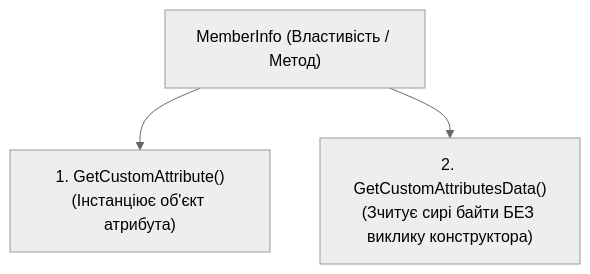
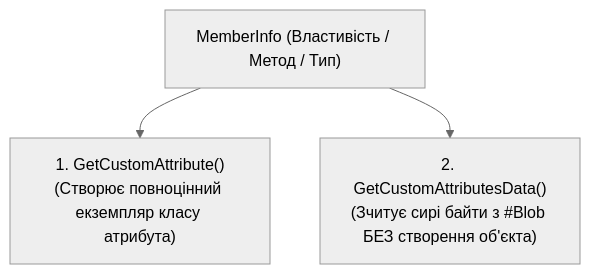
The first of 2 diagrams in 06-Advanced-DotNet/02-Reflection-And-Metadata/Docs/04_Attributes_And_Metadata_Validation.md (MrTomkaYurii/CSharp-OOP-Mastery), drawn with Mermaid (neutral theme) before and after one commit. The commit also changed other lines of this file and 7 other files, not shown here.

````diff
--- a/06-Advanced-DotNet/02-Reflection-And-Metadata/Docs/04_Attributes_And_Metadata_Validation.md
+++ b/06-Advanced-DotNet/02-Reflection-And-Metadata/Docs/04_Attributes_And_Metadata_Validation.md
@@ -32,6 +39,6 @@
 ```mermaid
 graph TD
-    Member["MemberInfo (Властивість / Метод)"]
-    Member --> High["1. GetCustomAttribute<T>()<br/>(Інстанціює об'єкт атрибута)"]
-    Member --> Low["2. GetCustomAttributesData()<br/>(Зчитує сирі байти БЕЗ виклику конструктора)"]
+    Member["MemberInfo (Властивість / Метод / Тип)"]
+    Member --> High["1. GetCustomAttribute<T>()<br/>(Створює повноцінний екземпляр класу атрибута)"]
+    Member --> Low["2. GetCustomAttributesData()<br/>(Зчитує сирі байти з #Blob БЕЗ створення об'єкта)"]
 ```
````
